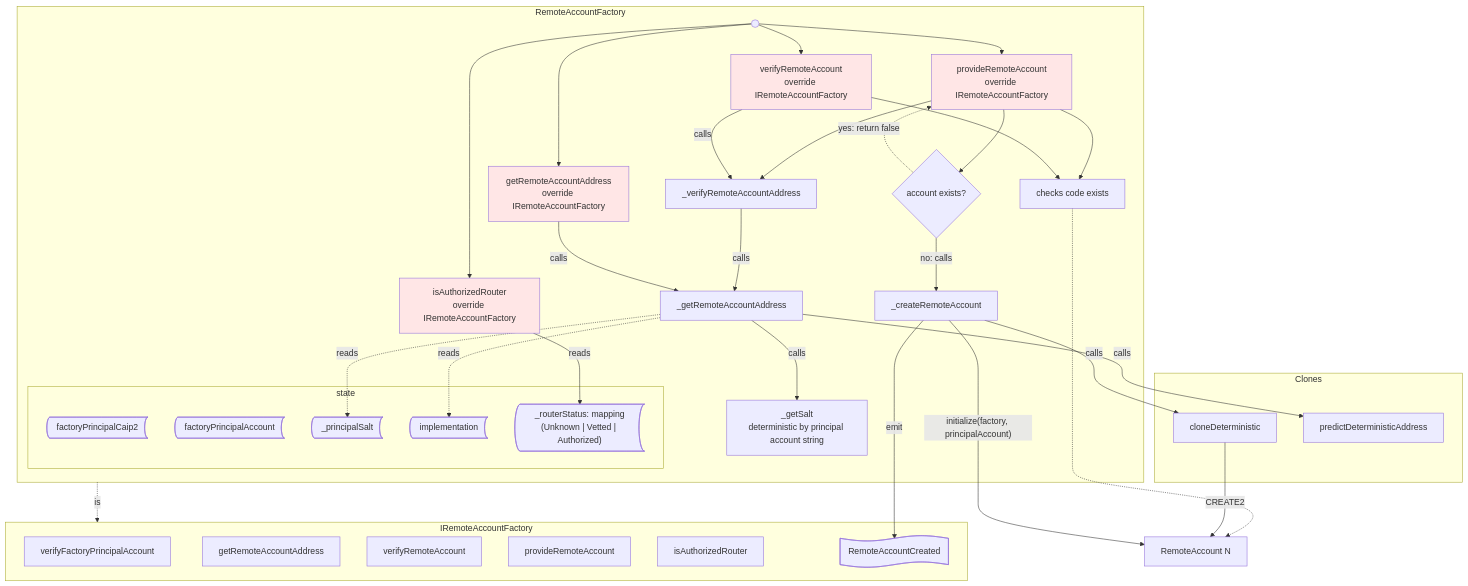
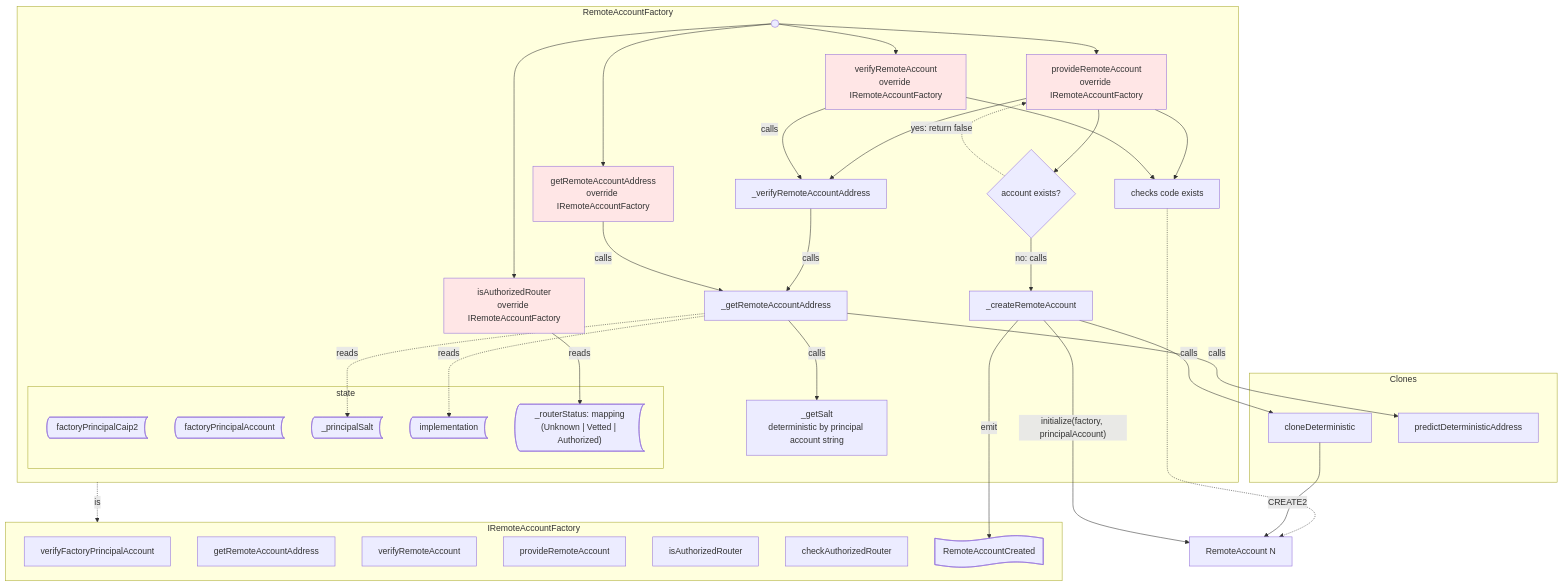
Before and after one commit to agoric-labs/agoric-to-axelar-local: the fifth of 12 diagrams in packages/axelar-local-dev-cosmos/src/contracts/design.md, drawn with Mermaid. The commit also changed other lines of this file and 4 other files, not shown here.

Commit message:
chore: checkAuthorizedRouter

```diff
--- a/packages/axelar-local-dev-cosmos/src/contracts/design.md
+++ b/packages/axelar-local-dev-cosmos/src/contracts/design.md
@@ -285,6 +285,7 @@
         IRemoteAccountFactory_verifyRemoteAccount[verifyRemoteAccount]
         IRemoteAccountFactory_provideRemoteAccount[provideRemoteAccount]
         IRemoteAccountFactory_isAuthorizedRouter[isAuthorizedRouter]
+        IRemoteAccountFactory_checkAuthorizedRouter[checkAuthorizedRouter]
         %% events
         RemoteAccountCreated@{shape: flag}
     end
```
